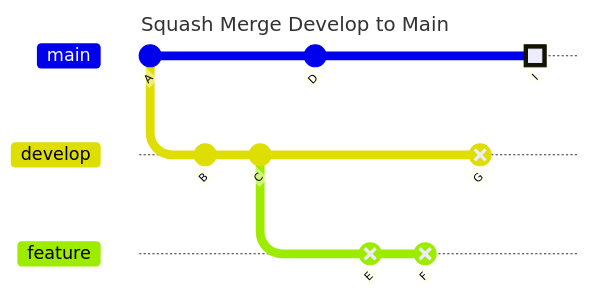
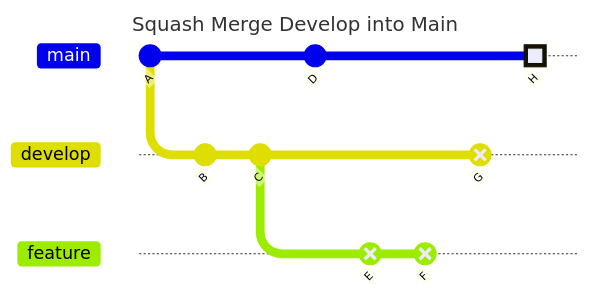
One commit to robertwalker/DemoSandbox changed diagram 13 of 19 in demos/IntermediateGit.md. Above: the diagram before and after it, drawn with Mermaid. The commit also changed other lines of this file, not shown here.

````diff
--- a/demos/IntermediateGit.md
+++ b/demos/IntermediateGit.md
@@ -290,24 +292,24 @@
 ```mermaid
 ---
-title: Squash Merge Develop to Main
+title: Squash Merge Develop into Main
 config:
   theme: default
 mainBranchName: main
 ---
 gitGraph:
     commit id: "A"
     branch develop
     checkout develop
     commit id: "B"
     commit id: "C"
     checkout main
     commit id: "D"
     checkout develop
     branch feature
     commit id: "E" type: REVERSE
     commit id: "F" type: REVERSE
     checkout develop
     commit id: "G" type: REVERSE
     checkout main
-    commit id: "I" type: HIGHLIGHT
+    commit id: "H" type: HIGHLIGHT
 ```
````
